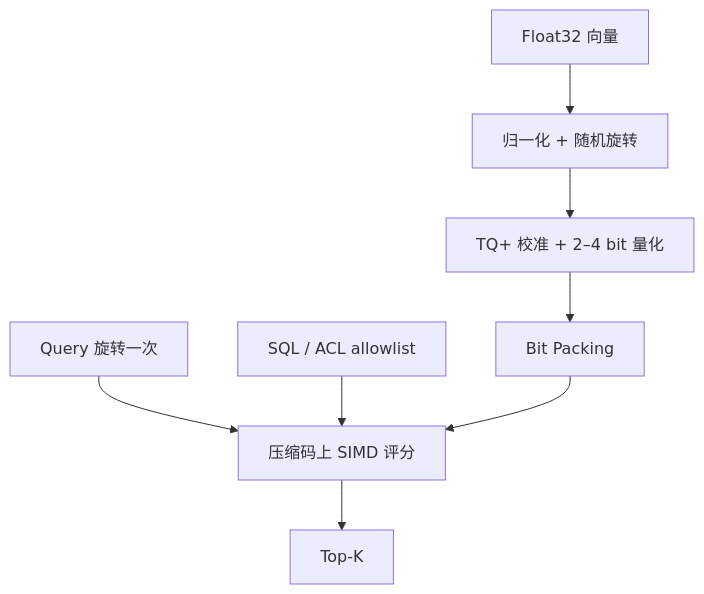
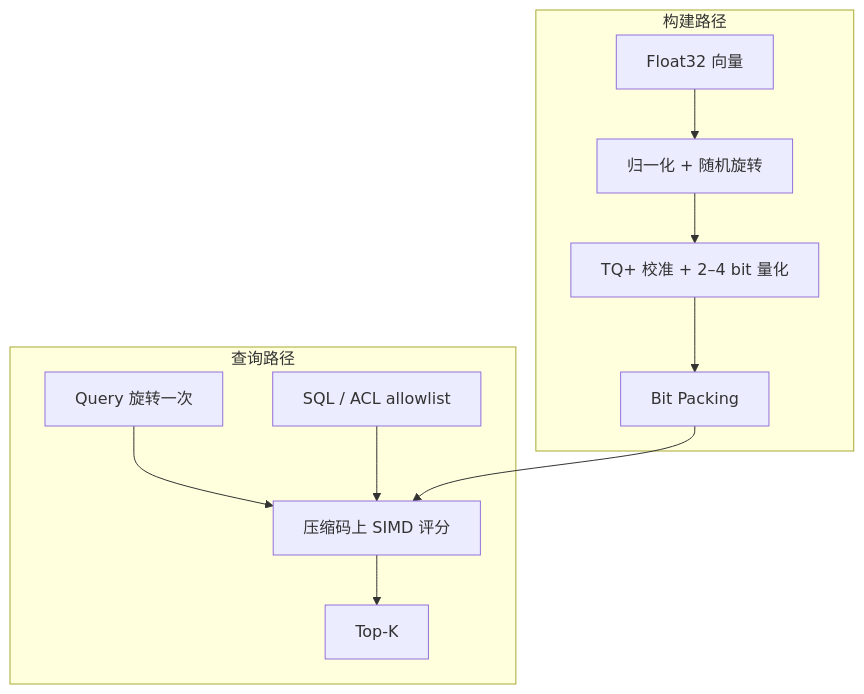
The second of 2 diagrams in content/posts/260726/index.md (littlewwwhite/littlewwwhite.github.io), drawn with Mermaid before and after one commit. The commit also changed other lines of this file and 2 other files, not shown here.

````diff
--- a/content/posts/260726/index.md
+++ b/content/posts/260726/index.md
@@ -61,10 +74,14 @@
 ```mermaid
 flowchart TB
-    X["Float32 向量"] --> R["归一化 + 随机旋转"]
-    R --> C["TQ+ 校准 + 2–4 bit 量化"]
-    C --> P["Bit Packing"]
-    Q["Query 旋转一次"] --> S["压缩码上 SIMD 评分"]
-    A["SQL / ACL allowlist"] --> S
+    subgraph BUILD["构建路径"]
+        X["Float32 向量"] --> R["归一化 + 随机旋转"]
+        R --> C["TQ+ 校准 + 2–4 bit 量化"]
+        C --> P["Bit Packing"]
+    end
+    subgraph QUERY["查询路径"]
+        Q["Query 旋转一次"] --> S["压缩码上 SIMD 评分"]
+        A["SQL / ACL allowlist"] --> S
+        S --> K["Top-K"]
+    end
     P --> S
-    S --> K["Top-K"]
 ```
````
